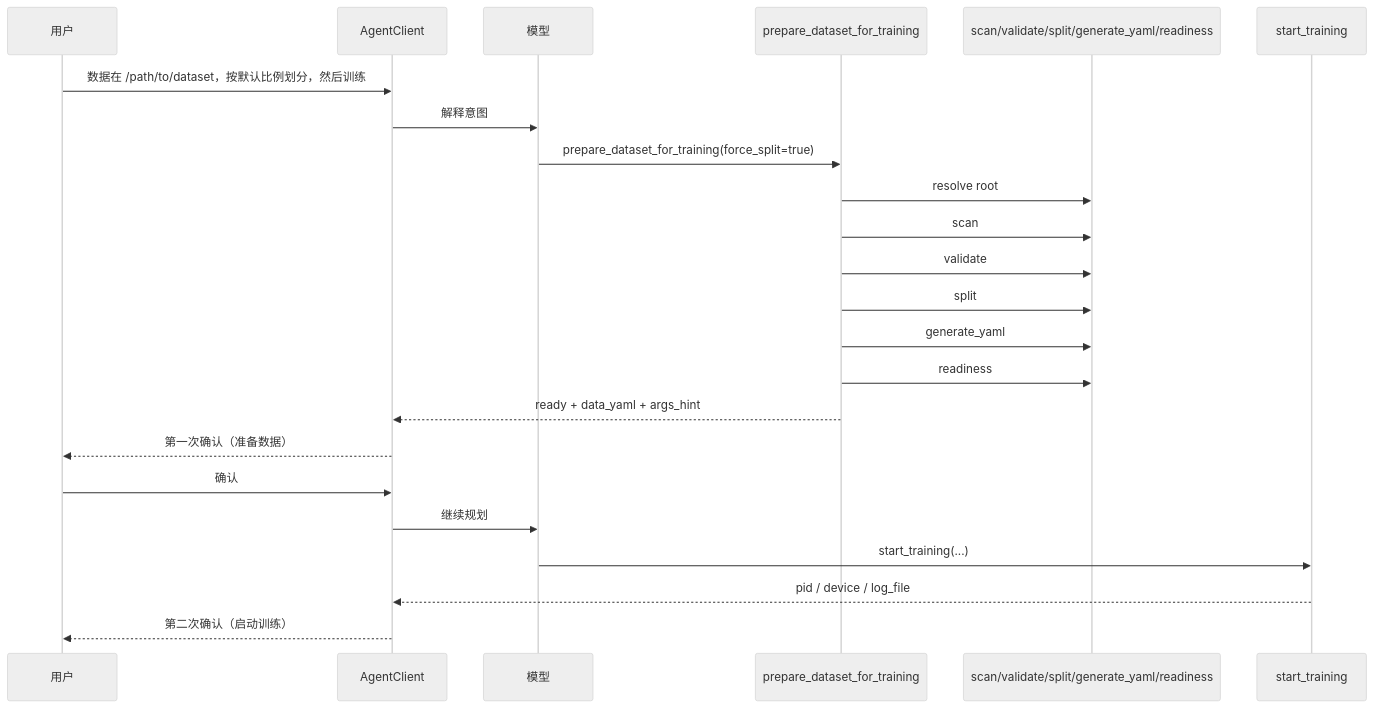
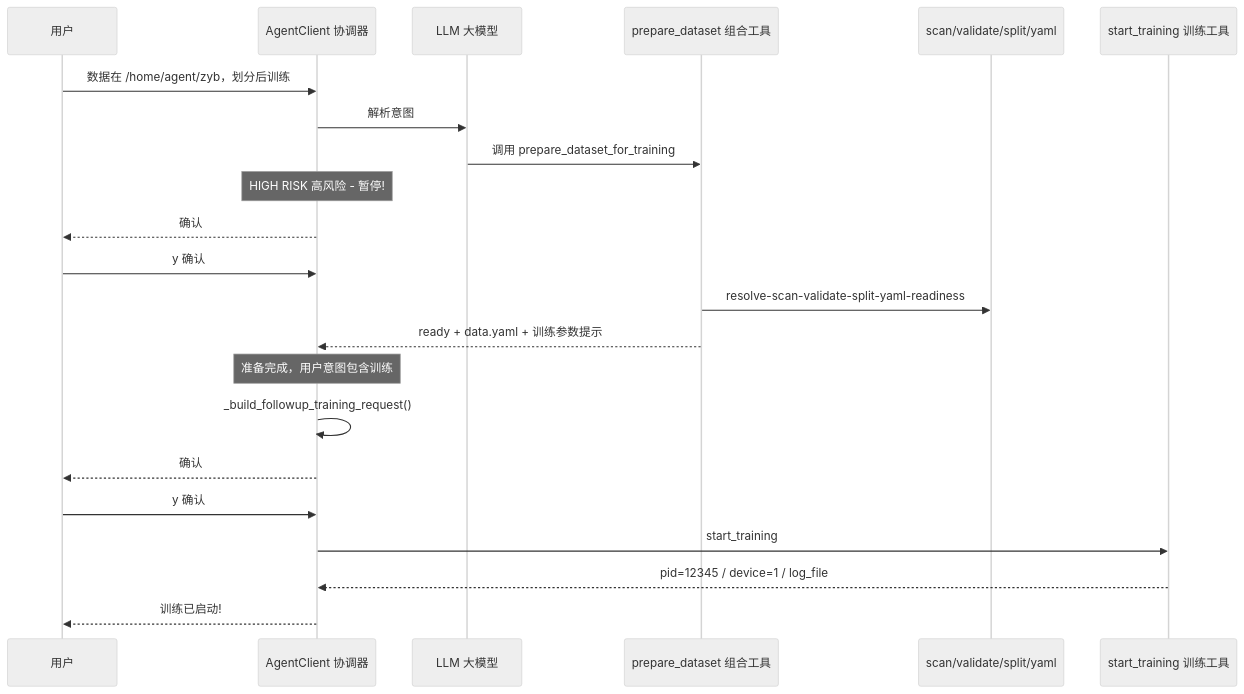
The eighth of 38 diagrams in doc/agent_architecture_learning_guide_2026-04-10.md (KLYkl/yolostudio-agent), drawn with Mermaid (neutral theme) before and after one commit. The commit also changed other lines of this file and 70 other files, not shown here.

Commit message:
chore: prepare github-ready agent_plan release

````diff
--- a/doc/agent_architecture_learning_guide_2026-04-10.md
+++ b/doc/agent_architecture_learning_guide_2026-04-10.md
@@ -303,26 +433,30 @@
 ```mermaid
 sequenceDiagram
     participant User as 用户
-    participant Agent as AgentClient
-    participant LLM as 模型
-    participant Combo as prepare_dataset_for_training
-    participant Data as scan/validate/split/generate_yaml/readiness
-    participant Train as start_training
+    participant Agent as AgentClient 协调器
+    participant LLM as LLM 大模型
+    participant Combo as prepare_dataset 组合工具
+    participant Data as scan/validate/split/yaml
+    participant Train as start_training 训练工具
 
-    User->>Agent: 数据在 /path/to/dataset，按默认比例划分，然后训练
-    Agent->>LLM: 解释意图
-    LLM->>Combo: prepare_dataset_for_training(force_split=true)
-    Combo->>Data: resolve root
-    Combo->>Data: scan
-    Combo->>Data: validate
-    Combo->>Data: split
-    Combo->>Data: generate_yaml
-    Combo->>Data: readiness
-    Combo-->>Agent: ready + data_yaml + args_hint
-    Agent-->>User: 第一次确认（准备数据）
-    User->>Agent: 确认
-    Agent->>LLM: 继续规划
-    LLM->>Train: start_training(...)
-    Train-->>Agent: pid / device / log_file
-    Agent-->>User: 第二次确认（启动训练）
+    User->>Agent: 数据在 /home/agent/zyb，划分后训练
+    Agent->>LLM: 解析意图
+    LLM->>Combo: 调用 prepare_dataset_for_training
+
+    Note over Agent: HIGH RISK 高风险 - 暂停!
+    Agent-->>User: 确认 #1 - 执行数据准备?
+    User->>Agent: y 确认
+
+    Combo->>Data: resolve-scan-validate-split-yaml-readiness
+    Combo-->>Agent: ready + data.yaml + 训练参数提示
+
+    Note over Agent: 准备完成，用户意图包含训练
+
+    Agent->>Agent: _build_followup_training_request()
+    Agent-->>User: 确认 #2 - 启动训练?
+    User->>Agent: y 确认
+
+    Agent->>Train: start_training
+    Train-->>Agent: pid=12345 / device=1 / log_file
+    Agent-->>User: 训练已启动!
 ```
````
